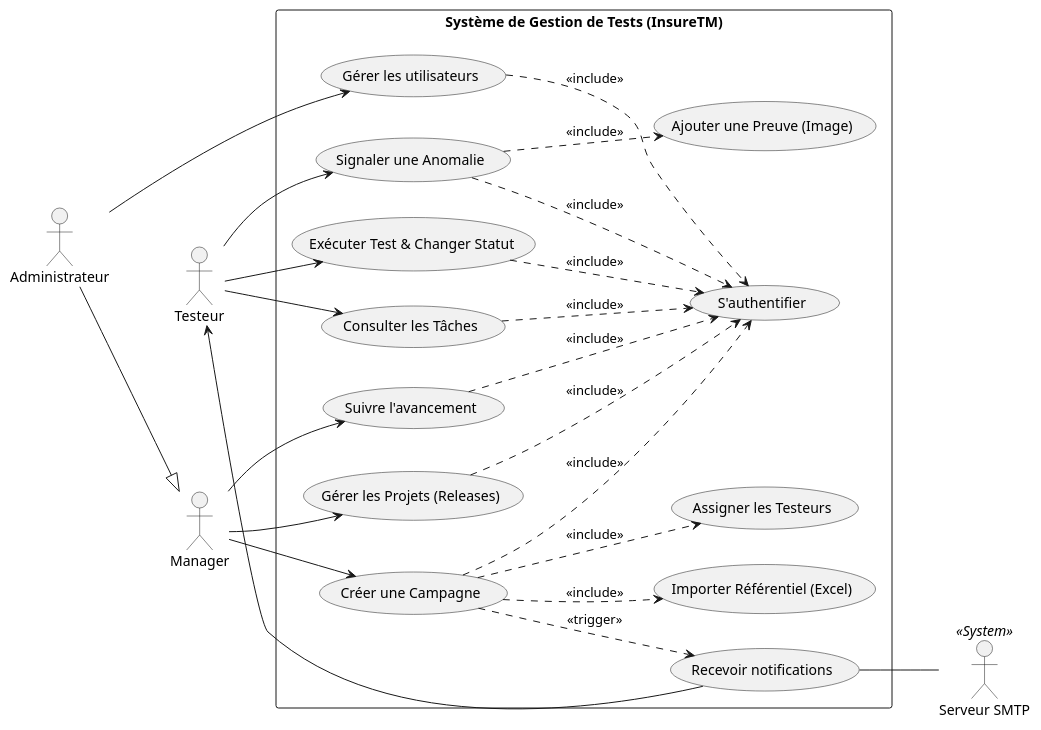
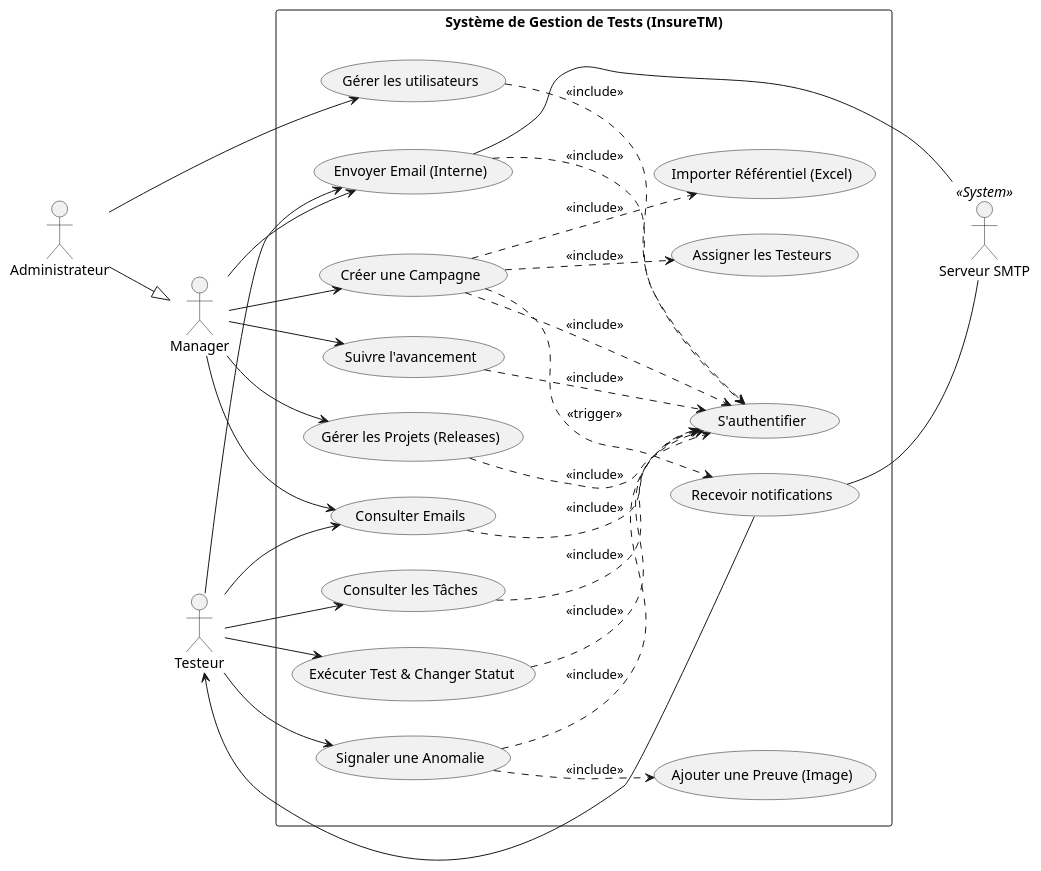
The diagram in InsureTM/diagrammes /use_case_diagram.puml (onsben19/Test-Management-Plateforme-LLoyd), drawn with PlantUML before and after one commit. The commit also changed 33 other files, not shown here.

```diff
--- a/InsureTM/diagrammes /use_case_diagram.puml
+++ b/InsureTM/diagrammes /use_case_diagram.puml
@@ -1,70 +1,81 @@
 @startuml
 left to right direction
 skinparam packageStyle rectangle
 
 actor "Administrateur" as Admin
 actor "Manager" as Manager
 actor "Testeur" as Tester
 
 ' Héritage : Un Admin est aussi un Manager (il peut tout faire)
 Admin --|> Manager
 
 rectangle "Système de Gestion de Tests (InsureTM)" {
 
     ' Cas central d'authentification (Style demandé)
     usecase "S'authentifier" as UC_Login
     
     ' Cas d'utilisation Admin
     usecase "Gérer les utilisateurs" as UC_ManageUsers
     
     ' Cas d'utilisation Manager
     usecase "Gérer les Projets (Releases)" as UC_ManageProjects
     usecase "Créer une Campagne" as UC_CreateCampaign
     usecase "Importer Référentiel (Excel)" as UC_ImportExcel
     usecase "Assigner les Testeurs" as UC_AssignTesters
     usecase "Suivre l'avancement" as UC_TrackProgress
     
     ' Cas d'utilisation Testeur
     usecase "Consulter les Tâches" as UC_ViewTasks
     usecase "Exécuter Test & Changer Statut" as UC_ExecuteTest
     usecase "Signaler une Anomalie" as UC_ReportBug
     usecase "Ajouter une Preuve (Image)" as UC_AddProof
 
     ' Notifications (Système)
     usecase "Recevoir notifications" as UC_Notify
+
+    ' Cas d'utilisation Messagerie Interne
+    usecase "Envoyer Email (Interne)" as UC_SendEmail
+    usecase "Consulter Emails" as UC_ReadEmail
 }
 
 actor "Serveur SMTP" as SMTP <<System>>
 
 ' Relations Acteurs -> Cas d'utilisation
 Admin --> UC_ManageUsers
 Manager --> UC_ManageProjects
 Manager --> UC_CreateCampaign
 Manager --> UC_TrackProgress
+Manager --> UC_SendEmail
+Manager --> UC_ReadEmail
 
 Tester --> UC_ViewTasks
 Tester --> UC_ExecuteTest
 Tester --> UC_ReportBug
+Tester --> UC_SendEmail
+Tester --> UC_ReadEmail
 
 ' Relations d'inclusion vers l'authentification (Style "Etoile")
 UC_ManageUsers ..> UC_Login : <<include>>
 UC_ManageProjects ..> UC_Login : <<include>>
 UC_CreateCampaign ..> UC_Login : <<include>>
 UC_TrackProgress ..> UC_Login : <<include>>
 UC_ViewTasks ..> UC_Login : <<include>>
 UC_ExecuteTest ..> UC_Login : <<include>>
 UC_ReportBug ..> UC_Login : <<include>>
+UC_SendEmail ..> UC_Login : <<include>>
+UC_ReadEmail ..> UC_Login : <<include>>
 
 ' Dépendances fonctionnelles (Includes)
 UC_CreateCampaign ..> UC_ImportExcel : <<include>>
 UC_CreateCampaign ..> UC_AssignTesters : <<include>>
 UC_ReportBug ..> UC_AddProof : <<include>>
 
 ' Interactions Système Externe
 UC_CreateCampaign ..> UC_Notify : <<trigger>>
 UC_Notify -- SMTP
+UC_SendEmail -- SMTP
 
 ' Le testeur reçoit la notification
 UC_Notify --> Tester
 
 @enduml
```
